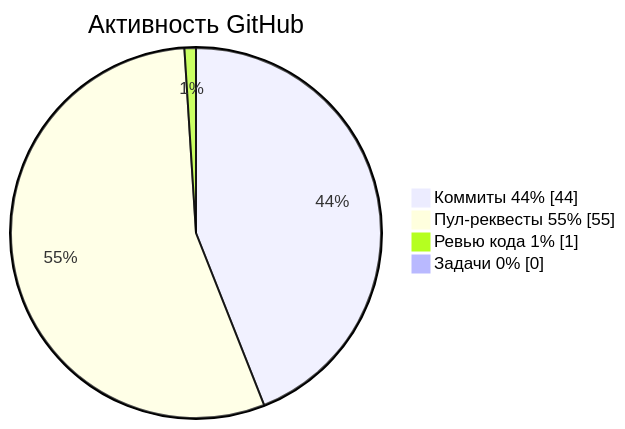
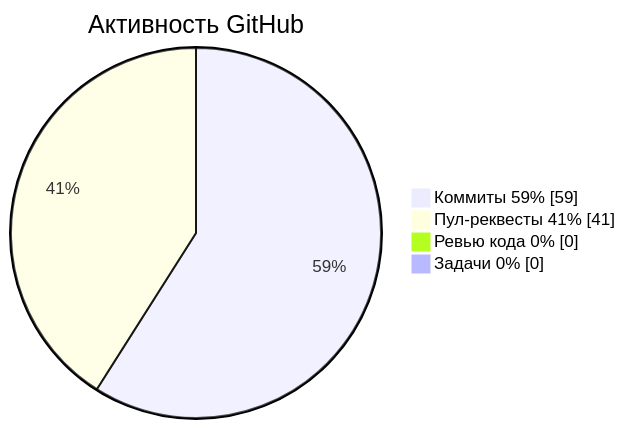
One commit to krotname/KrotName changed the diagram in README.md. Above: the diagram before and after it, drawn with Mermaid. The commit also changed other lines of this file and 1 other file, not shown here.

Commit message:
Update profile metrics

````diff
--- a/README.md
+++ b/README.md
@@ -45,8 +45,8 @@
 ```mermaid
 pie showData
     title Активность GitHub
-    "Коммиты 44%" : 44
-    "Пул-реквесты 55%" : 55
-    "Ревью кода 1%" : 1
+    "Коммиты 59%" : 59
+    "Пул-реквесты 41%" : 41
+    "Ревью кода 0%" : 0
     "Задачи 0%" : 0
 ```
````
